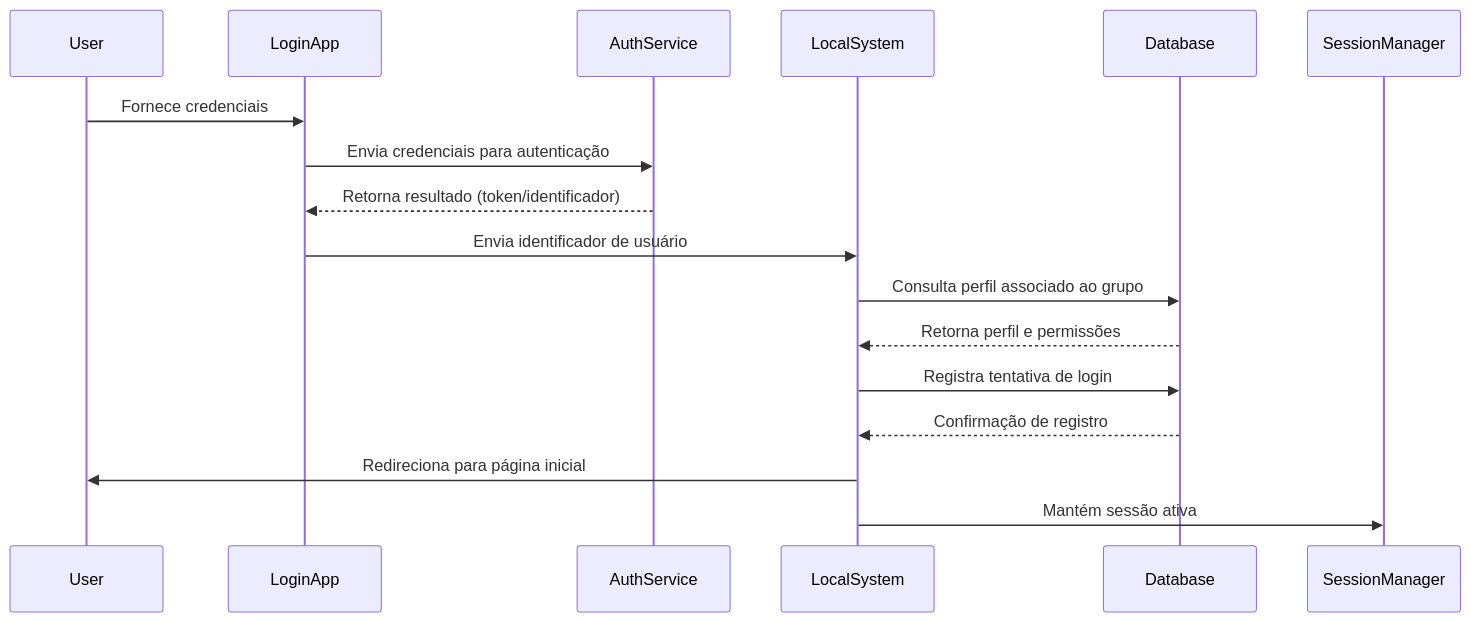
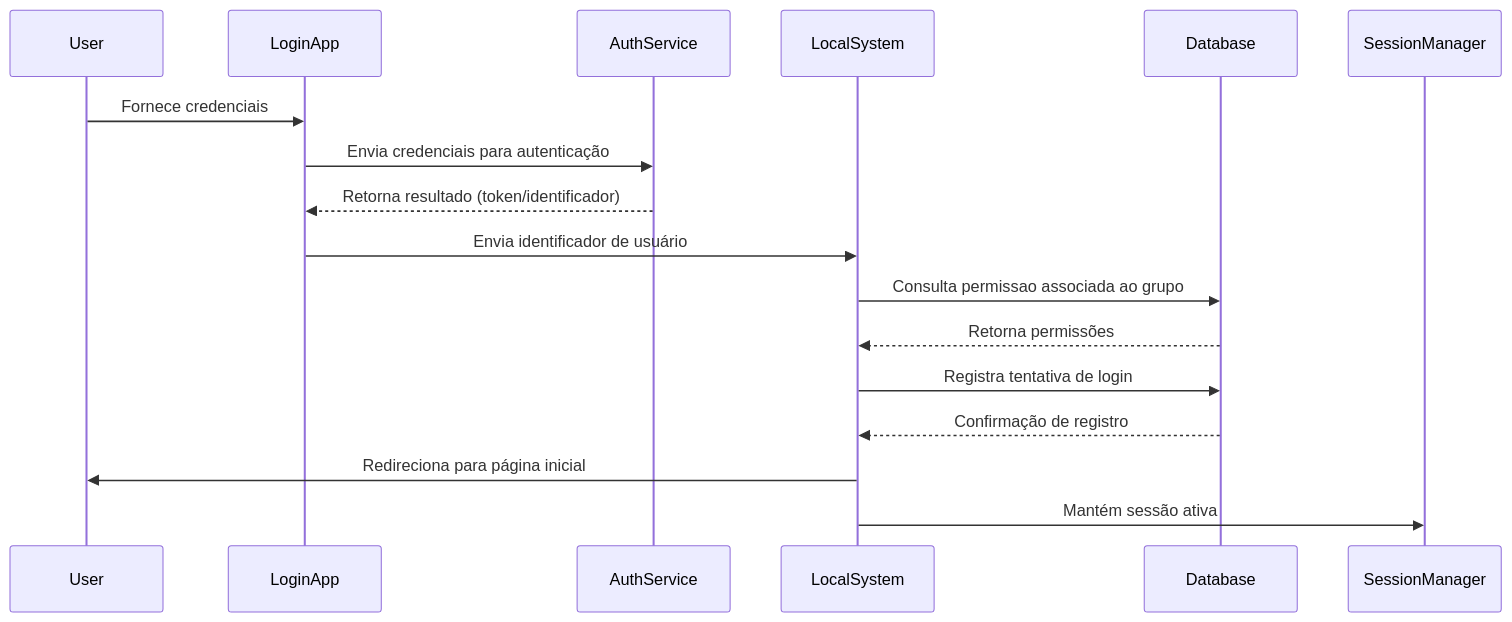
The second of 2 diagrams in README.md (ruthmira-1risjc/exemplo-banco), drawn with Mermaid before and after one commit. The commit also changed other lines of this file and 1 other file, not shown here.

````diff
--- a/README.md
+++ b/README.md
@@ -358,19 +360,19 @@
 ```mermaid
 sequenceDiagram
     participant User
     participant LoginApp
     participant AuthService
     participant LocalSystem
     participant Database
 
     User->>LoginApp: Fornece credenciais
     LoginApp->>AuthService: Envia credenciais para autenticação
     AuthService-->>LoginApp: Retorna resultado (token/identificador)
     LoginApp->>LocalSystem: Envia identificador de usuário
-    LocalSystem->>Database: Consulta perfil associado ao grupo
-    Database-->>LocalSystem: Retorna perfil e permissões
+    LocalSystem->>Database: Consulta permissao associada ao grupo
+    Database-->>LocalSystem: Retorna permissões
     LocalSystem->>Database: Registra tentativa de login
     Database-->>LocalSystem: Confirmação de registro
     LocalSystem->>User: Redireciona para página inicial
     LocalSystem->>SessionManager: Mantém sessão ativa
 ```
````
